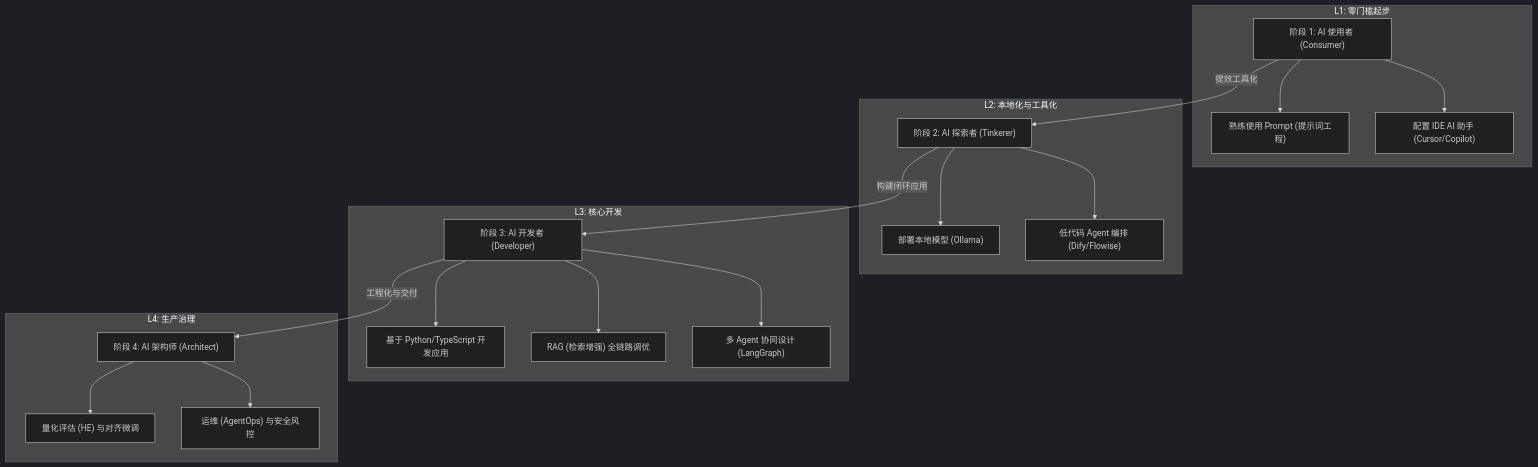
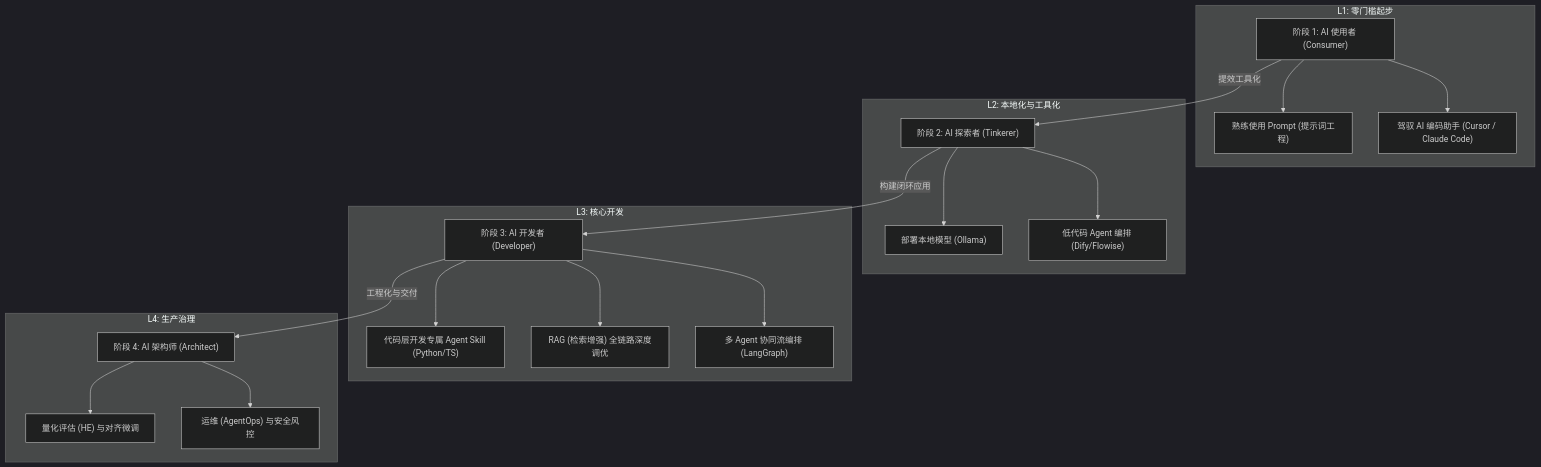
The third of 10 diagrams in AI_Knowledge_Roadmap.md (wangchong2023/lang-chain-graph), drawn with Mermaid (dark theme) before and after one commit. The commit also changed other lines of this file, not shown here.

Commit message:
docs: update AI knowledge roadmap with new topics and structural improvements

````diff
--- a/AI_Knowledge_Roadmap.md
+++ b/AI_Knowledge_Roadmap.md
@@ -102,36 +102,36 @@
 ```mermaid
 graph TD
     A["阶段 1: AI 使用者 (Consumer)"] -->|提效工具化| B["阶段 2: AI 探索者 (Tinkerer)"]
     B -->|构建闭环应用| C["阶段 3: AI 开发者 (Developer)"]
     C -->|工程化与交付| D["阶段 4: AI 架构师 (Architect)"]
 
     subgraph "L1: 零门槛起步"
     A1["熟练使用 Prompt (提示词工程)"]
-    A2["配置 IDE AI 助手 (Cursor/Copilot)"]
+    A2["驾驭 AI 编码助手 (Cursor / Claude Code)"]
     A --> A1
     A --> A2
     end
 
     subgraph "L2: 本地化与工具化"
     B1["部署本地模型 (Ollama)"]
     B2["低代码 Agent 编排 (Dify/Flowise)"]
     B --> B1
     B --> B2
     end
 
     subgraph "L3: 核心开发"
-    C1["基于 Python/TypeScript 开发应用"]
-    C2["RAG (检索增强) 全链路调优"]
-    C3["多 Agent 协同设计 (LangGraph)"]
+    C1["代码层开发专属 Agent Skill (Python/TS)"]
+    C2["RAG (检索增强) 全链路深度调优"]
+    C3["多 Agent 协同流编排 (LangGraph)"]
     C --> C1
     C --> C2
     C --> C3
     end
 
     subgraph "L4: 生产治理"
     D1["量化评估 (HE) 与对齐微调"]
     D2["运维 (AgentOps) 与安全风控"]
     D --> D1
     D --> D2
     end
 ```
````
